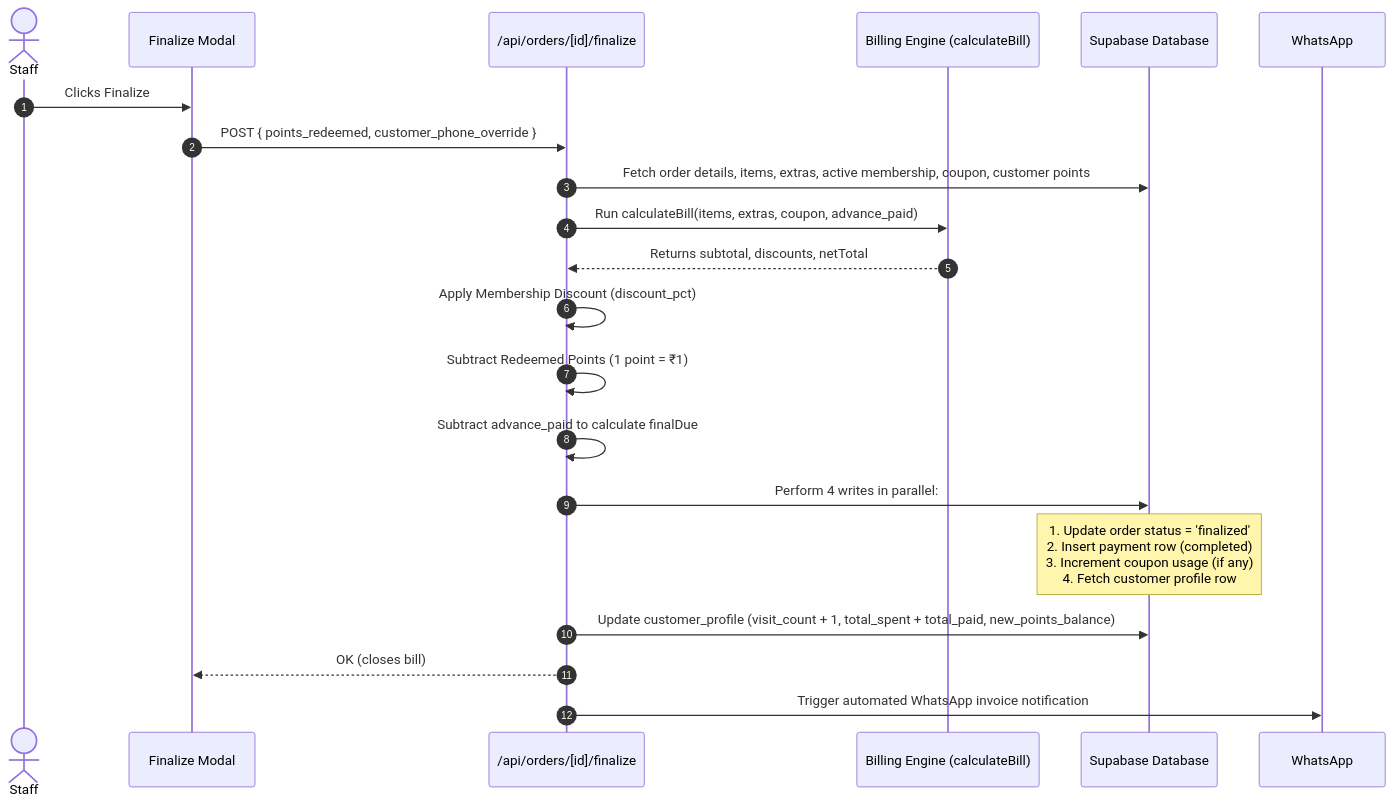
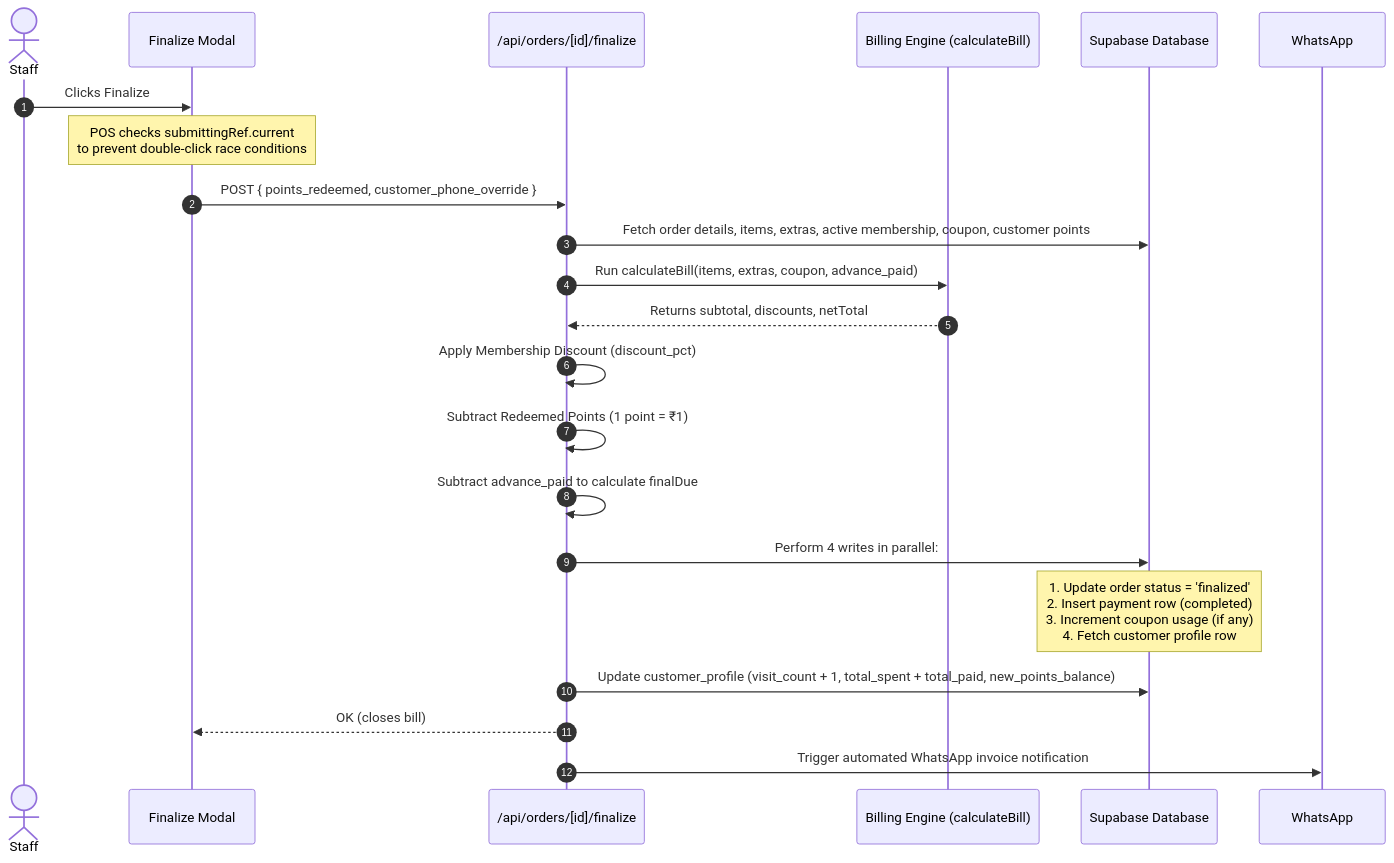
The fourth of 6 diagrams in ARCHITECTURE.md (Bixlaxl/gamehaus), drawn with Mermaid before and after one commit. The commit also changed other lines of this file and 1 other file, not shown here.

Commit message:
docs: update CLAUDE.md and ARCHITECTURE.md with POS double-click guard and owner-only bill deletion constraints

````diff
--- a/ARCHITECTURE.md
+++ b/ARCHITECTURE.md
@@ -104,23 +104,24 @@
 ```mermaid
 sequenceDiagram
   autonumber
   actor Staff
   participant POS as Finalize Modal
   participant API as /api/orders/[id]/finalize
   participant Engine as Billing Engine (calculateBill)
   participant DB as Supabase Database
 
   Staff->>POS: Clicks Finalize
+  Note over POS: POS checks submittingRef.current<br/>to prevent double-click race conditions
   POS->>API: POST { points_redeemed, customer_phone_override }
   API->>DB: Fetch order details, items, extras, active membership, coupon, customer points
   API->>Engine: Run calculateBill(items, extras, coupon, advance_paid)
   Engine-->>API: Returns subtotal, discounts, netTotal
   API->>API: Apply Membership Discount (discount_pct)
   API->>API: Subtract Redeemed Points (1 point = ₹1)
   API->>API: Subtract advance_paid to calculate finalDue
   API->>DB: Perform 4 writes in parallel:
   Note over DB: 1. Update order status = 'finalized'<br/>2. Insert payment row (completed)<br/>3. Increment coupon usage (if any)<br/>4. Fetch customer profile row
   API->>DB: Update customer_profile (visit_count + 1, total_spent + total_paid, new_points_balance)
   API-->>POS: OK (closes bill)
   API->>WhatsApp: Trigger automated WhatsApp invoice notification
 ```
````
